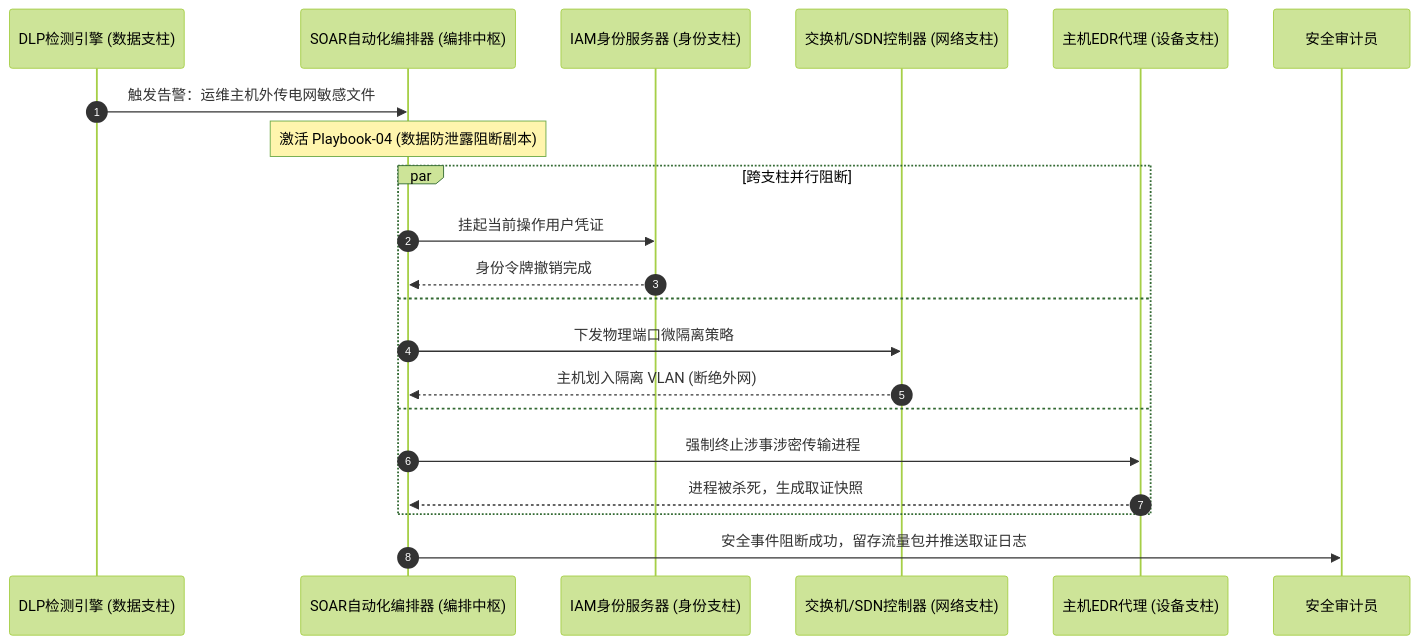
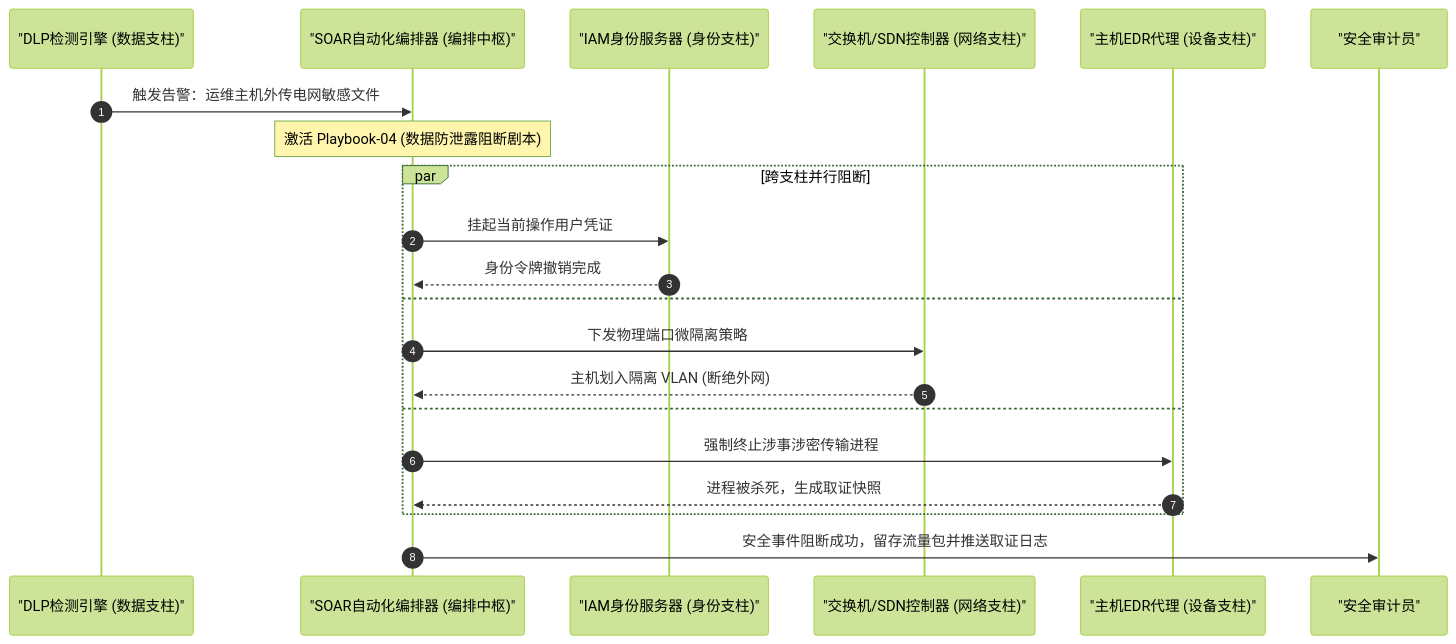
Before and after one commit to Bo331/power-data-breach-literature: the second of 3 diagrams in 05_正式资料原文/02_AI提取与汇编/01_CISA_零信任成熟度模型2.0_深度精读.md, drawn with Mermaid (forest theme). The commit also changed other lines of this file and 2 other files, not shown here.

Commit message:
fix: resolve hidden Mermaid syntax bugs (cross-subgraph, illegal link styles, unquoted sequence aliases)

````diff
--- a/05_正式资料原文/02_AI提取与汇编/01_CISA_零信任成熟度模型2.0_深度精读.md
+++ b/05_正式资料原文/02_AI提取与汇编/01_CISA_零信任成熟度模型2.0_深度精读.md
@@ -74,24 +74,24 @@
 ```mermaid
 sequenceDiagram
     autonumber
-    participant DLP as DLP检测引擎 (数据支柱)
-    participant SOAR as SOAR自动化编排器 (编排中枢)
-    participant IAM as IAM身份服务器 (身份支柱)
-    participant SDN as 交换机/SDN控制器 (网络支柱)
-    participant EDR as 主机EDR代理 (设备支柱)
-    participant Admin as 安全审计员
+    participant DLP as "DLP检测引擎 (数据支柱)"
+    participant SOAR as "SOAR自动化编排器 (编排中枢)"
+    participant IAM as "IAM身份服务器 (身份支柱)"
+    participant SDN as "交换机/SDN控制器 (网络支柱)"
+    participant EDR as "主机EDR代理 (设备支柱)"
+    participant Admin as "安全审计员"
 
     DLP->>SOAR: 触发告警：运维主机外传电网敏感文件
     Note over SOAR: 激活 Playbook-04 (数据防泄露阻断剧本)
     par 跨支柱并行阻断
         SOAR->>IAM: 挂起当前操作用户凭证
         IAM-->>SOAR: 身份令牌撤销完成
     and
         SOAR->>SDN: 下发物理端口微隔离策略
         SDN-->>SOAR: 主机划入隔离 VLAN (断绝外网)
     and
         SOAR->>EDR: 强制终止涉事涉密传输进程
         EDR-->>SOAR: 进程被杀死，生成取证快照
     end
     SOAR->>Admin: 安全事件阻断成功，留存流量包并推送取证日志
 ```
````
